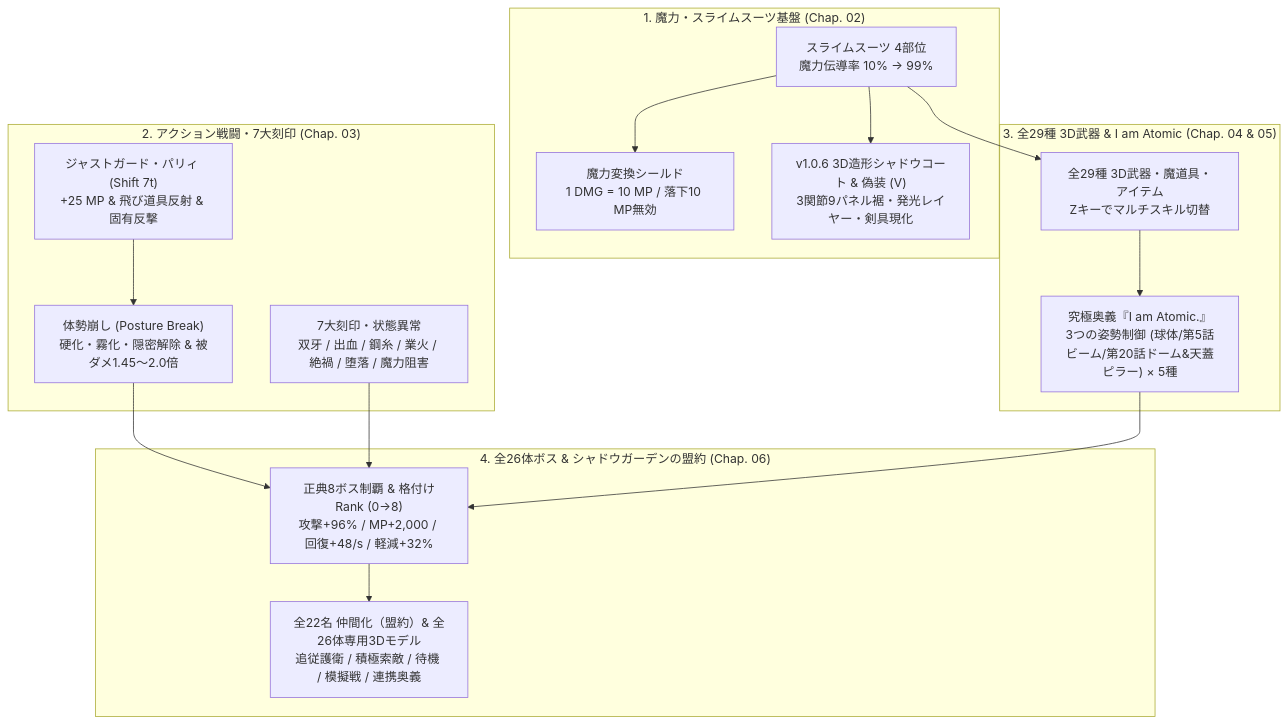
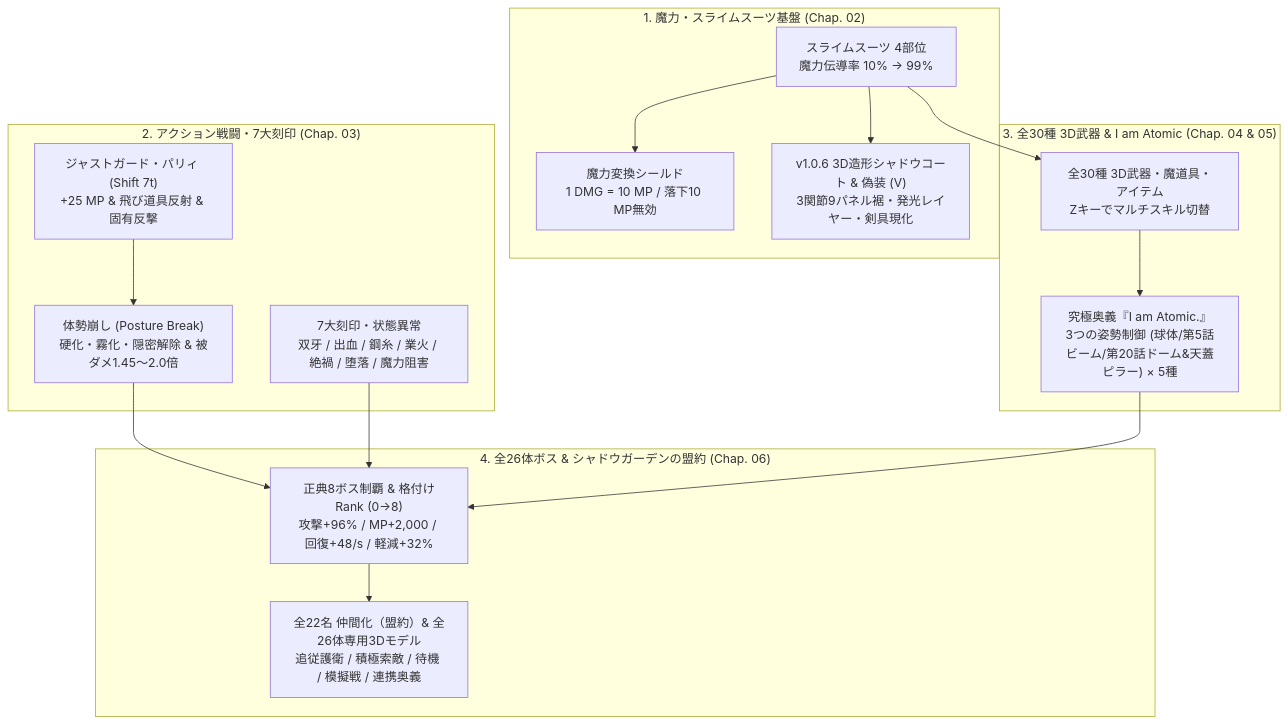
One commit to Khang202531/The-Eminence-in-Shadow-Shadow-Garden-Atomic changed the diagram in wiki/Home.md. Above: the diagram before and after it, drawn with Mermaid. The commit also changed other lines of this file and 23 other files, not shown here.

````diff
--- a/wiki/Home.md
+++ b/wiki/Home.md
@@ -44,34 +44,34 @@
 ```mermaid
 flowchart TD
     subgraph PlayerCore["1. 魔力・スライムスーツ基盤 (Chap. 02)"]
         Suit["スライムスーツ 4部位<br/>魔力伝導率 10% → 99%"]
         Shield["魔力変換シールド<br/>1 DMG = 10 MP / 落下10 MP無効"]
         Morph["v1.0.6 3D造形シャドウコート & 偽装 (V)<br/>3関節9パネル裾・発光レイヤー・剣具現化"]
     end
 
     subgraph CombatCore["2. アクション戦闘・7大刻印 (Chap. 03)"]
         Parry["ジャストガード・パリィ (Shift 7t)<br/>+25 MP & 飛び道具反射 & 固有反撃"]
         Break["体勢崩し (Posture Break)<br/>硬化・霧化・隠密解除 & 被ダメ1.45〜2.0倍"]
         Marks["7大刻印・状態異常<br/>双牙 / 出血 / 鋼糸 / 業火 / 絶禍 / 堕落 / 魔力阻害"]
     end
 
-    subgraph ArsenalCore["3. 全29種 3D武器 & I am Atomic (Chap. 04 & 05)"]
-        Weapons["全29種 3D武器・魔道具・アイテム<br/>Zキーでマルチスキル切替"]
+    subgraph ArsenalCore["3. 全30種 3D武器 & I am Atomic (Chap. 04 & 05)"]
+        Weapons["全30種 3D武器・魔道具・アイテム<br/>Zキーでマルチスキル切替"]
         Atomic["究極奥義『I am Atomic.』<br/>3つの姿勢制御 (球体/第5話ビーム/第20話ドーム&天蓋ピラー) × 5種"]
     end
 
     subgraph BossCore["4. 全26体ボス & シャドウガーデンの盟約 (Chap. 06)"]
         Rank["正典8ボス制覇 & 格付けRank (0→8)<br/>攻撃+96% / MP+2,000 / 回復+48/s / 軽減+32%"]
         Allies["全22名 仲間化（盟約）& 全26体専用3Dモデル<br/>追従護衛 / 積極索敵 / 待機 / 模擬戦 / 連携奥義"]
     end
 
     Suit --> Shield
     Suit --> Morph
     Suit --> Weapons
     Parry --> Break
     Break --> Rank
     Marks --> Rank
     Weapons --> Atomic
     Atomic --> Rank
     Rank --> Allies
 ```
````
